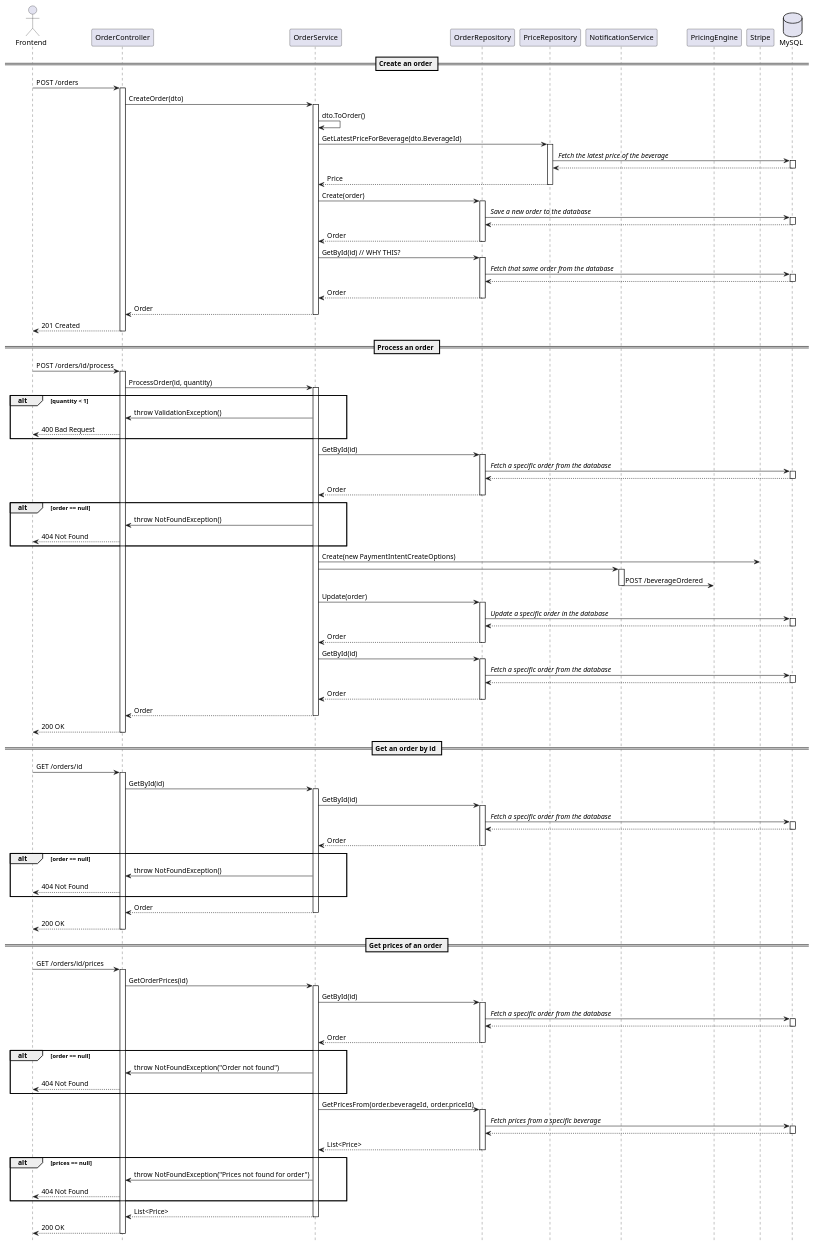
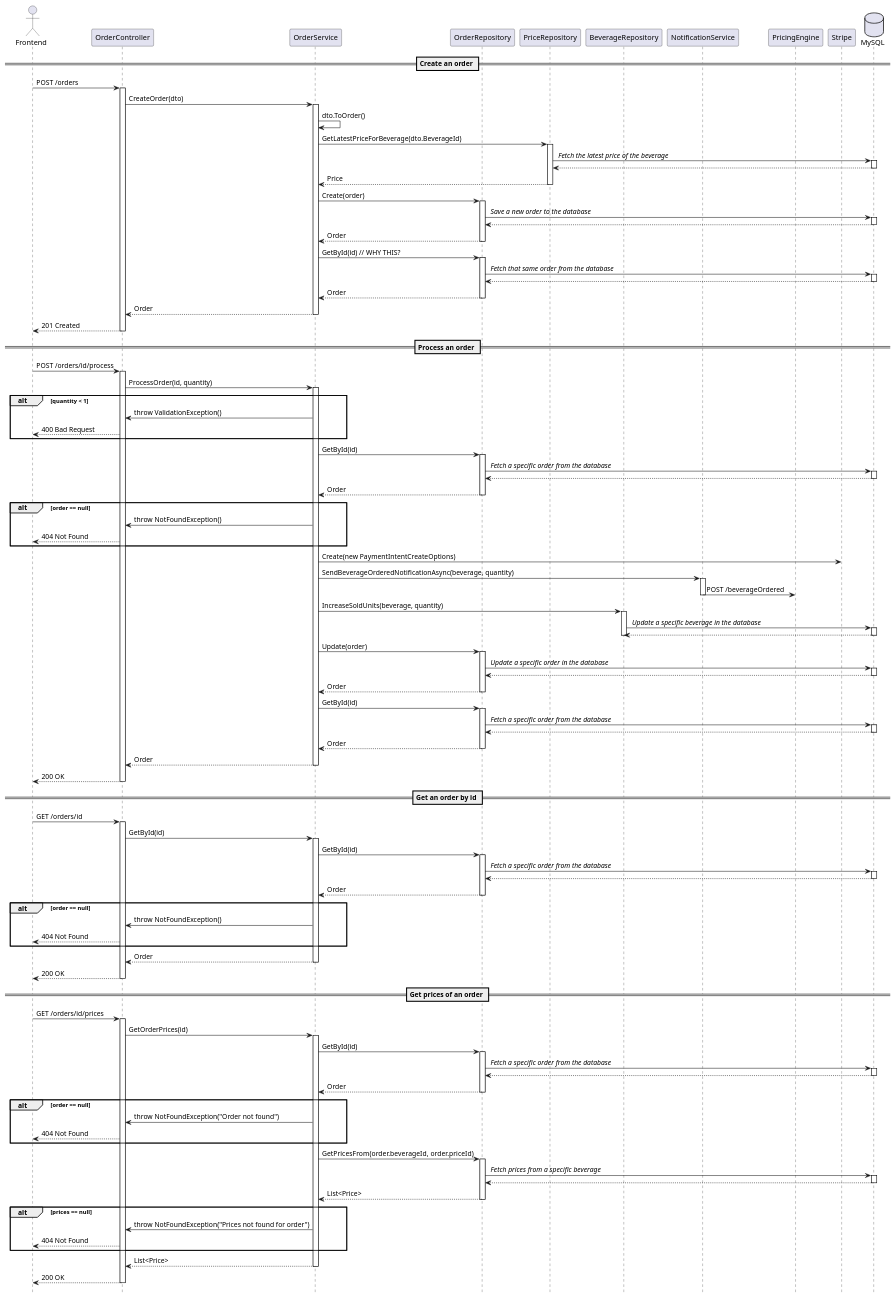
The diagram in diagrams/bevpayapi_order_sqdiagram.puml (nohns/semesterproject4), drawn with PlantUML before and after one commit.

Commit message:
updated process order

```diff
--- a/diagrams/bevpayapi_order_sqdiagram.puml
+++ b/diagrams/bevpayapi_order_sqdiagram.puml
@@ -1,162 +1,170 @@
 @startuml bevpayapi
 Actor Frontend as frontend
 participant OrderController as ordercontroller
 participant OrderService as orderserv
 participant OrderRepository as orderrepo
 participant PriceRepository as pricerepo
+participant BeverageRepository as bevrepo
 participant NotificationService as notifserv
 participant PricingEngine as pricingengine
 participant Stripe as stripe
 database MySQL as database
 
 == Create an order == 
 
 frontend -> ordercontroller: POST /orders
 activate ordercontroller
 ordercontroller -> orderserv: CreateOrder(dto)
 activate orderserv
 orderserv -> orderserv: dto.ToOrder()
 orderserv -> pricerepo: GetLatestPriceForBeverage(dto.BeverageId)
 activate pricerepo
 pricerepo -> database: // Fetch the latest price of the beverage //
 activate database
 database --> pricerepo
 deactivate database
 pricerepo --> orderserv: Price
 deactivate pricerepo
 orderserv -> orderrepo: Create(order)
 activate orderrepo
 orderrepo -> database: // Save a new order to the database //
 activate database
 database --> orderrepo
 deactivate database
 orderrepo --> orderserv: Order
 deactivate orderrepo
 orderserv -> orderrepo: GetById(id) // WHY THIS?
 activate orderrepo
 orderrepo -> database: // Fetch that same order from the database //
 activate database
 database --> orderrepo
 deactivate database
 orderrepo --> orderserv: Order
 deactivate orderrepo
 orderserv --> ordercontroller: Order
 deactivate orderserv
 ordercontroller --> frontend: 201 Created
 deactivate ordercontroller
 
 hide footbox
 
 == Process an order == 
 
 frontend -> ordercontroller: POST /orders/id/process
 activate ordercontroller
 ordercontroller -> orderserv: ProcessOrder(id, quantity)
 activate orderserv
 alt quantity < 1
 orderserv -> ordercontroller: throw ValidationException()
 ordercontroller --> frontend: 400 Bad Request
 end
 orderserv -> orderrepo: GetById(id)
 activate orderrepo
 orderrepo -> database: // Fetch a specific order from the database //
 activate database
 database --> orderrepo
 deactivate database
 orderrepo --> orderserv: Order
 deactivate orderrepo
 alt order == null
 orderserv -> ordercontroller: throw NotFoundException()
 ordercontroller --> frontend: 404 Not Found
 end
 orderserv -> stripe: Create(new PaymentIntentCreateOptions)
-orderserv -> notifserv:
+orderserv -> notifserv: SendBeverageOrderedNotificationAsync(beverage, quantity)
 activate notifserv
 notifserv -> pricingengine: POST /beverageOrdered
 deactivate notifserv
+orderserv -> bevrepo: IncreaseSoldUnits(beverage, quantity)
+activate bevrepo
+bevrepo -> database: // Update a specific beverage in the database //
+activate database
+database --> bevrepo
+deactivate database
+deactivate bevrepo
 orderserv -> orderrepo: Update(order)
 activate orderrepo
 orderrepo -> database: // Update a specific order in the database //
 activate database
 database --> orderrepo
 deactivate database
 orderrepo --> orderserv: Order
 deactivate orderrepo
 orderserv -> orderrepo: GetById(id)
 activate orderrepo
 orderrepo -> database: // Fetch a specific order from the database //
 activate database
 database --> orderrepo
 deactivate database
 orderrepo --> orderserv: Order
 deactivate orderrepo
 orderserv --> ordercontroller: Order
 deactivate orderserv
 ordercontroller --> frontend: 200 OK
 deactivate ordercontroller
 
 == Get an order by id ==
 
 frontend -> ordercontroller: GET /orders/id
 activate ordercontroller
 ordercontroller -> orderserv: GetById(id)
 activate orderserv
 orderserv -> orderrepo: GetById(id)
 activate orderrepo
 orderrepo -> database: // Fetch a specific order from the database //
 activate database
 database --> orderrepo
 deactivate database
 orderrepo --> orderserv: Order
 deactivate orderrepo
 alt order == null
 orderserv -> ordercontroller: throw NotFoundException()
 ordercontroller --> frontend: 404 Not Found
 end
 orderserv --> ordercontroller: Order
 deactivate orderserv
 ordercontroller --> frontend: 200 OK
 deactivate ordercontroller
 
 == Get prices of an order ==
 
 frontend -> ordercontroller: GET /orders/id/prices
 activate ordercontroller
 ordercontroller -> orderserv: GetOrderPrices(id)
 activate orderserv
 orderserv -> orderrepo: GetById(id)
 activate orderrepo
 orderrepo -> database: // Fetch a specific order from the database //
 activate database
 database --> orderrepo
 deactivate database
 orderrepo --> orderserv: Order
 deactivate orderrepo
 alt order == null
 orderserv -> ordercontroller: throw NotFoundException("Order not found")
 ordercontroller --> frontend: 404 Not Found
 end
 orderserv -> orderrepo: GetPricesFrom(order.beverageId, order.priceId)
 activate orderrepo
 orderrepo -> database: // Fetch prices from a specific beverage //
 activate database
 database --> orderrepo
 deactivate database
 orderrepo --> orderserv: List<Price>
 deactivate orderrepo
 alt prices == null
 orderserv -> ordercontroller: throw NotFoundException("Prices not found for order")
 ordercontroller --> frontend: 404 Not Found
 end
 orderserv --> ordercontroller: List<Price>
 deactivate orderserv
 ordercontroller --> frontend: 200 OK
 deactivate ordercontroller
 
 
 
 
 
 
 
 @enduml
```
